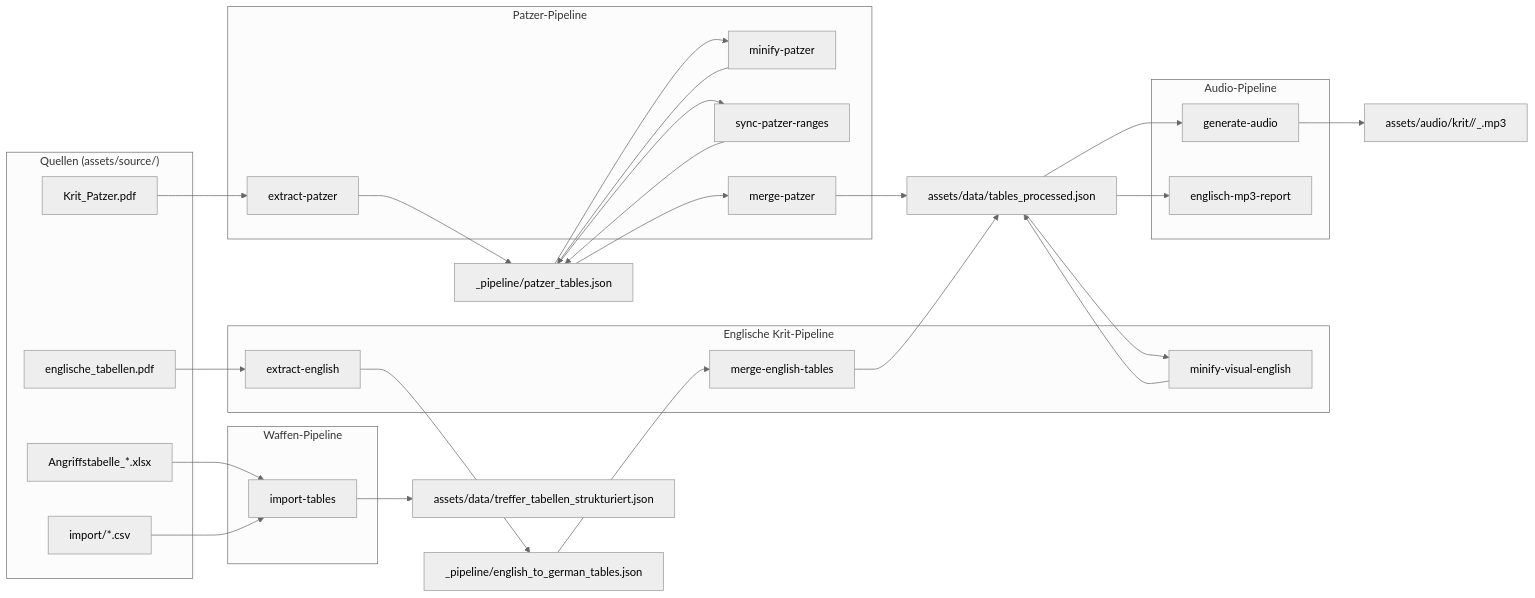
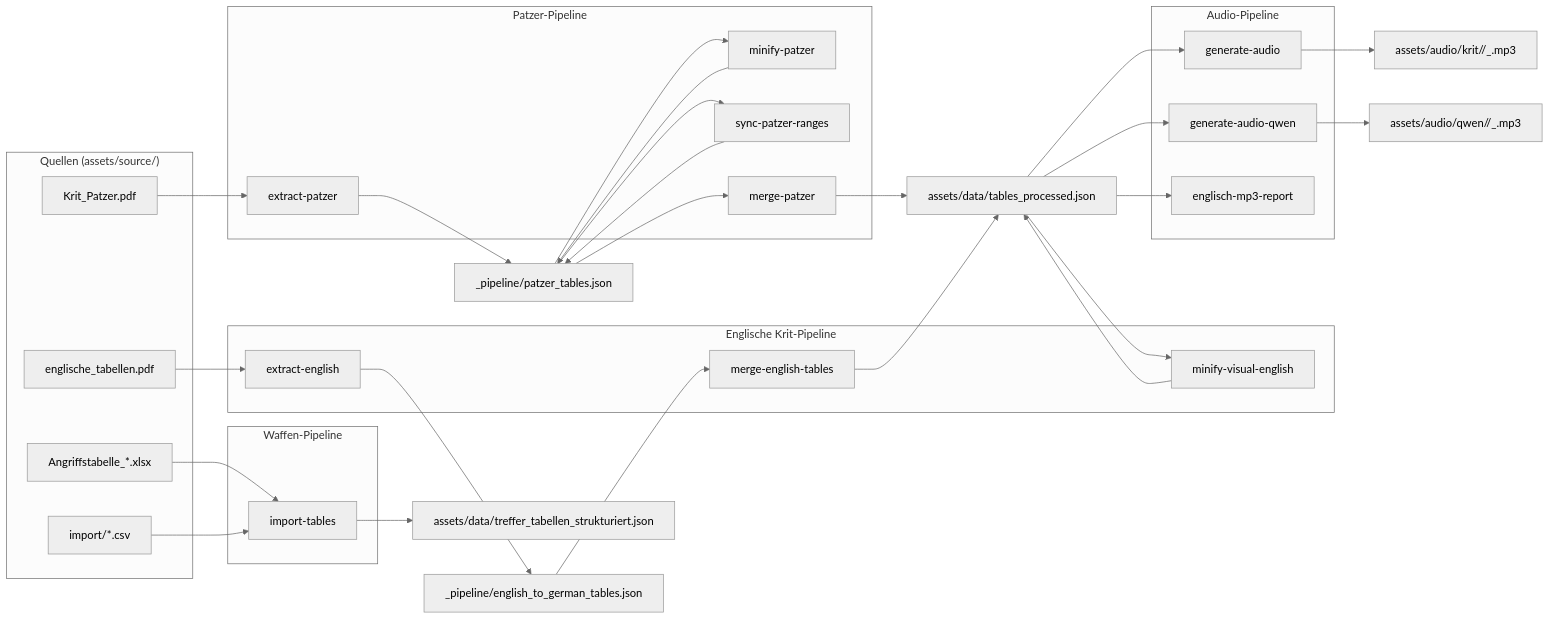
One commit to i3el4/merp-kritische-treffer changed the diagram in docs/DATA-PIPELINE.md. Above: the diagram before and after it, drawn with Mermaid (neutral theme). The commit also changed other lines of this file and 19 other files, not shown here.

````diff
--- a/docs/DATA-PIPELINE.md
+++ b/docs/DATA-PIPELINE.md
@@ -11,46 +11,48 @@
 ```mermaid
 flowchart LR
     subgraph Quellen["Quellen (assets/source/)"]
         PdfPatzer[Krit_Patzer.pdf]
         PdfEnglisch[englische_tabellen.pdf]
         XlsxWaffen[Angriffstabelle_*.xlsx]
         Csv[import/*.csv]
     end
 
     subgraph PipelinePatzer["Patzer-Pipeline"]
         ExtractPatzer[extract-patzer]
         MinifyPatzer[minify-patzer]
         SyncRanges[sync-patzer-ranges]
         MergePatzer[merge-patzer]
     end
 
     subgraph PipelineEnglisch["Englische Krit-Pipeline"]
         ExtractEnglish[extract-english]
         MergeEnglish[merge-english-tables]
         MinifyEnglish[minify-visual-english]
     end
 
     subgraph PipelineWaffen["Waffen-Pipeline"]
         ImportTables[import-tables]
     end
 
     subgraph PipelineAudio["Audio-Pipeline"]
         GenAudio[generate-audio]
+        GenAudioQwen[generate-audio-qwen]
         AudioReport[englisch-mp3-report]
     end
 
     PdfPatzer --> ExtractPatzer --> patzerJson["_pipeline/patzer_tables.json"]
     patzerJson --> MinifyPatzer --> patzerJson
     patzerJson --> SyncRanges --> patzerJson
     patzerJson --> MergePatzer --> tablesProcessed["assets/data/tables_processed.json"]
 
     PdfEnglisch --> ExtractEnglish --> englishJson["_pipeline/english_to_german_tables.json"]
     englishJson --> MergeEnglish --> tablesProcessed
     tablesProcessed --> MinifyEnglish --> tablesProcessed
 
     XlsxWaffen --> ImportTables --> trefferJson["assets/data/treffer_tabellen_strukturiert.json"]
     Csv --> ImportTables
 
     tablesProcessed --> GenAudio --> AudioFiles["assets/audio/krit/<tableSlug>/<KAT>_<RANGE>.mp3"]
+    tablesProcessed --> GenAudioQwen --> AudioQwen["assets/audio/qwen/<tableSlug>/<KAT>_<RANGE>.mp3"]
     tablesProcessed --> AudioReport
 ```
````
